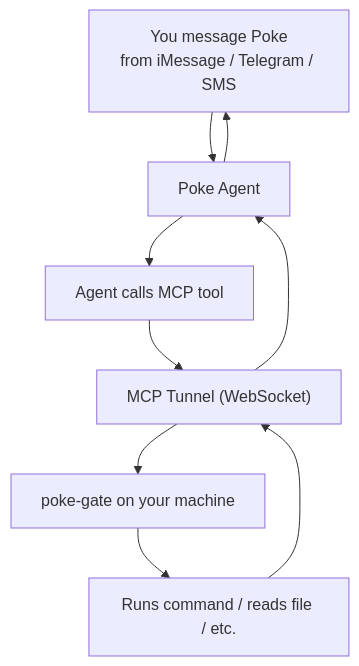
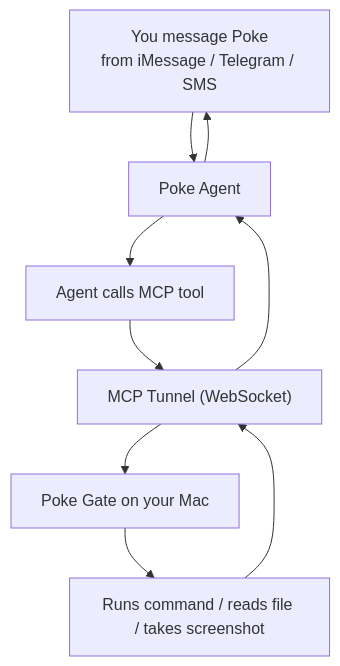
Before and after one commit to Maheshshar578/poke-gate: the diagram in README.md, drawn with Mermaid. The commit also changed other lines of this file and 5 other files, not shown here.

````diff
--- a/README.md
+++ b/README.md
@@ -17,11 +39,11 @@
 ```mermaid
 flowchart TD
     A["You message Poke\nfrom iMessage / Telegram / SMS"] --> B["Poke Agent"]
     B --> C["Agent calls MCP tool"]
     C --> D["MCP Tunnel (WebSocket)"]
-    D --> E["poke-gate on your machine"]
-    E --> F["Runs command / reads file / etc."]
+    D --> E["Poke Gate on your Mac"]
+    E --> F["Runs command / reads file / takes screenshot"]
     F --> D
     D --> B
     B --> A
 ```
````
